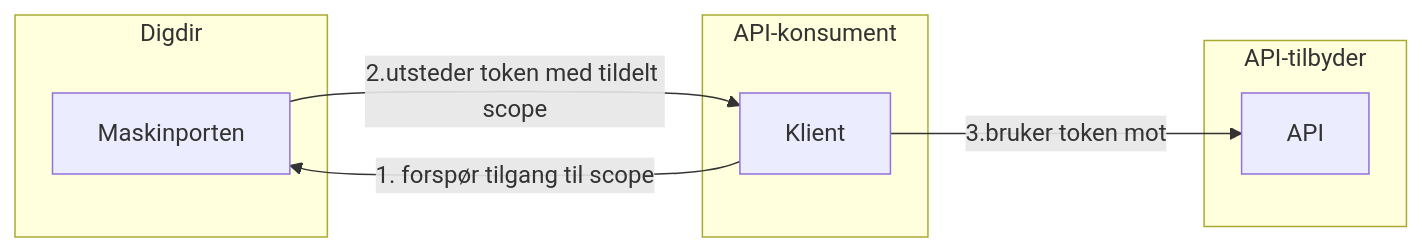
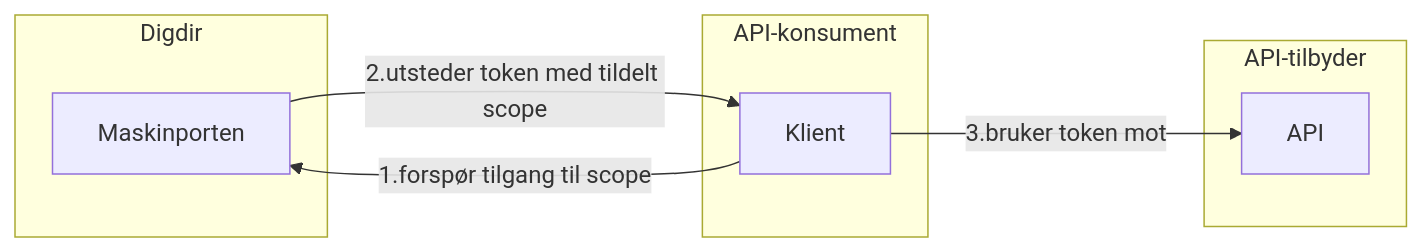
One commit to felleslosninger/docs changed the third of 3 diagrams in _docs/Maskinporten/maskinporten_overordnet.md. Above: the diagram before and after it, drawn with Mermaid.

Commit message:
Fjern whitespace slik at tekst ikke tolkes som MD liste

```diff
--- a/_docs/Maskinporten/maskinporten_overordnet.md
+++ b/_docs/Maskinporten/maskinporten_overordnet.md
@@ -50,15 +50,15 @@
 <div class="mermaid">
 graph LR
   subgraph API-tilbyder
     API
   end
   subgraph Digdir
     Maskinporten[Maskinporten]
   end
   subgraph API-konsument
      ny[Klient]
   end
   Maskinporten -->|2.utsteder token med tildelt scope|ny
-  ny -->|1. forspør tilgang til scope|Maskinporten
+  ny -->|1.forspør tilgang til scope|Maskinporten
   ny -->|3.bruker token mot|API
 </div>
```
